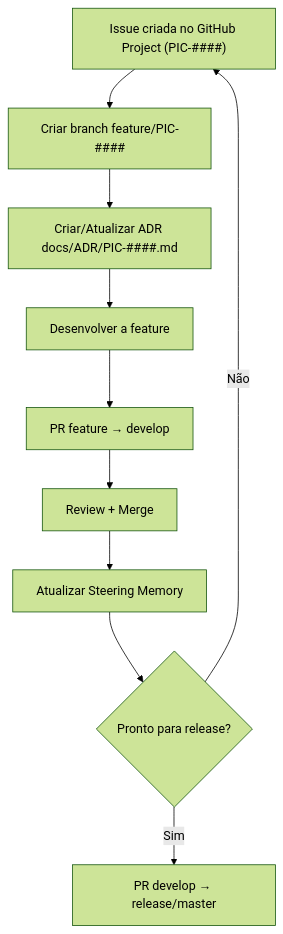
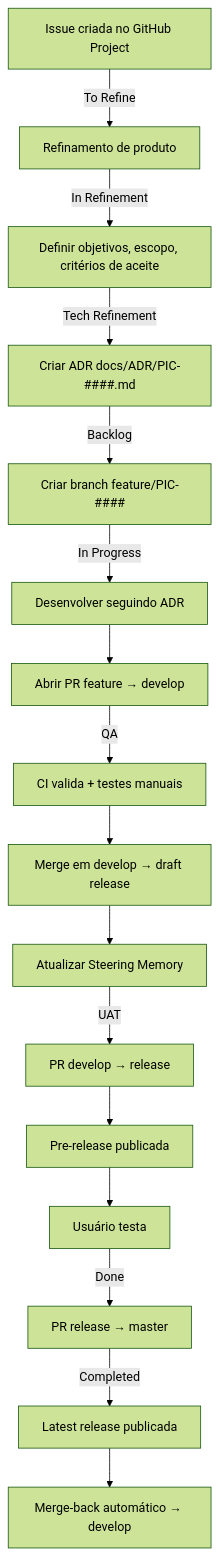
Before and after one commit to normaii/picasso: the fourth of 4 diagrams in docs/steering/memory.md, drawn with Mermaid (forest theme). The commit also changed other lines of this file and 1 other file, not shown here.

Commit message:
docs(pic-1): ADR completo e steering memory atualizado com guardrails, branching, versionamento e ciclo de vida de tarefas

````diff
--- a/docs/steering/memory.md
+++ b/docs/steering/memory.md
@@ -148,12 +269,18 @@
 ```mermaid
 flowchart TD
-    A["Issue criada no GitHub Project (PIC-####)"] --> B["Criar branch feature/PIC-####"]
-    B --> C["Criar/Atualizar ADR docs/ADR/PIC-####.md"]
-    C --> D["Desenvolver a feature"]
-    D --> E["PR feature → develop"]
-    E --> F["Review + Merge"]
-    F --> G["Atualizar Steering Memory"]
-    G --> H{"Pronto para release?"}
-    H -->|Sim| I["PR develop → release/master"]
-    H -->|Não| A
+    A["Issue criada no GitHub Project"] -->|To Refine| B["Refinamento de produto"]
+    B -->|In Refinement| C["Definir objetivos, escopo, critérios de aceite"]
+    C -->|Tech Refinement| D["Criar ADR docs/ADR/PIC-####.md"]
+    D -->|Backlog| E["Criar branch feature/PIC-####"]
+    E -->|In Progress| F["Desenvolver seguindo ADR"]
+    F --> G["Abrir PR feature → develop"]
+    G -->|QA| H["CI valida + testes manuais"]
+    H --> I["Merge em develop → draft release"]
+    I --> J["Atualizar Steering Memory"]
+    J -->|UAT| K["PR develop → release"]
+    K --> L["Pre-release publicada"]
+    L --> M["Usuário testa"]
+    M -->|Done| N["PR release → master"]
+    N -->|Completed| O["Latest release publicada"]
+    O --> P["Merge-back automático → develop"]
 ```
````
